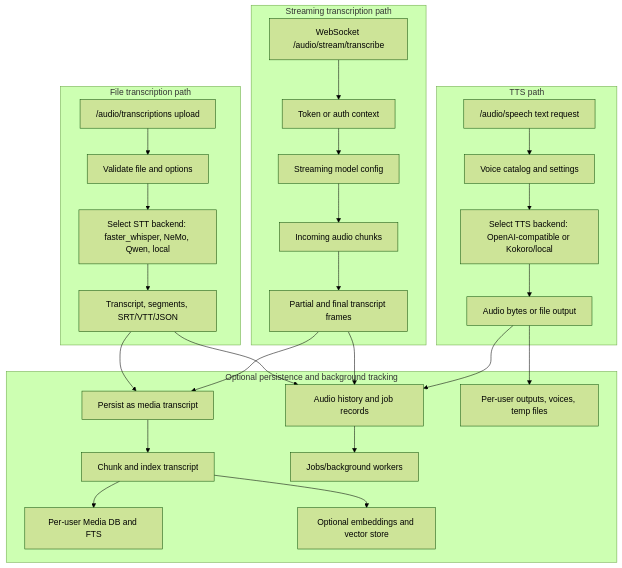
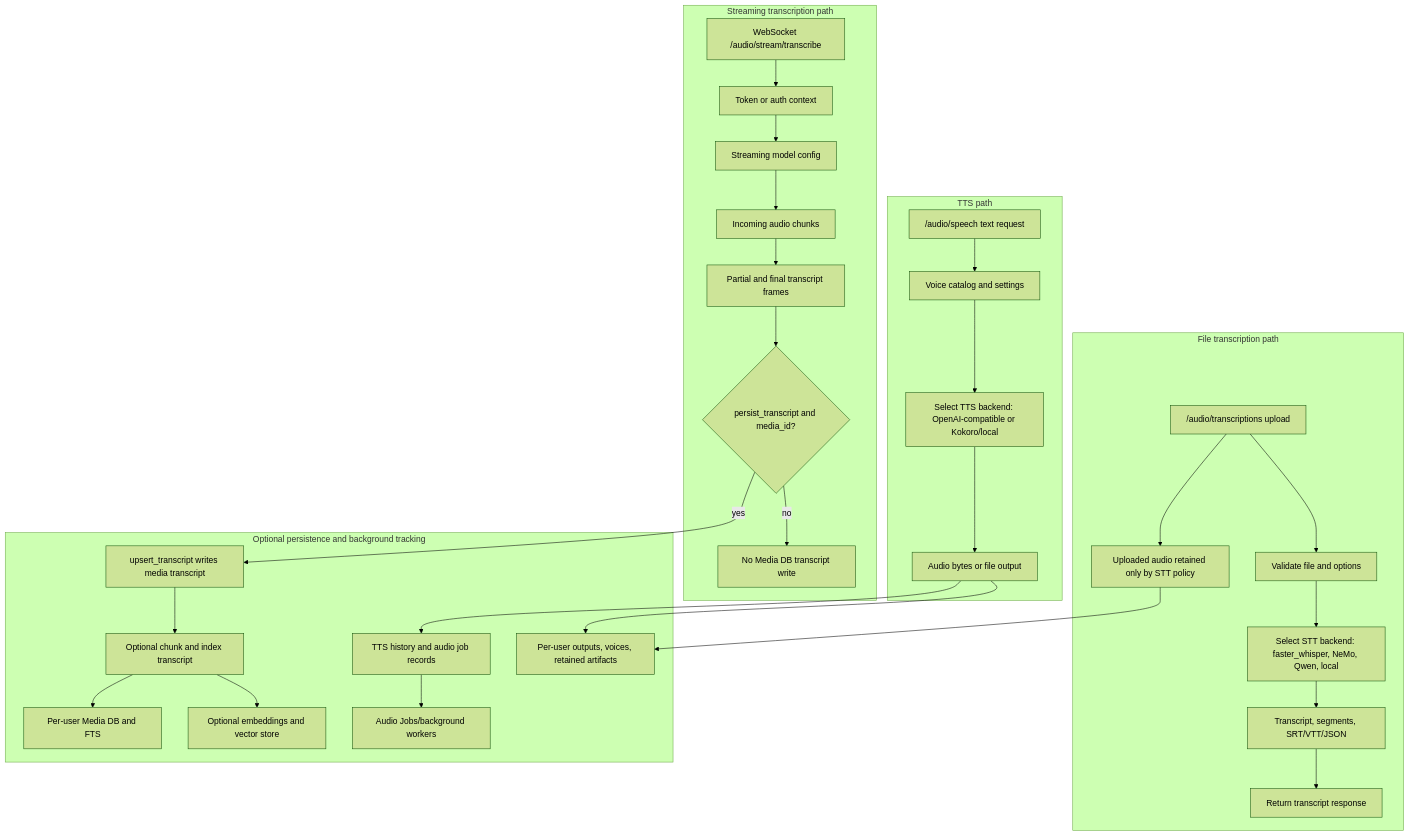
Before and after one commit to rmusser01/tldw_server: the seventh of 11 diagrams in Docs/Code_Documentation/Data_Flow_Atlas.md, drawn with Mermaid (forest theme). The commit also changed other lines of this file and 1 other file, not shown here.

Commit message:
docs: correct audio flow persistence notes

````diff
--- a/Docs/Code_Documentation/Data_Flow_Atlas.md
+++ b/Docs/Code_Documentation/Data_Flow_Atlas.md
@@ -501,48 +501,53 @@
 ```mermaid
 flowchart TB
     subgraph FileSTT["File transcription path"]
         FileReq["/audio/transcriptions upload"]
         ValidateAudio[Validate file and options]
         STTBackend[Select STT backend: faster_whisper, NeMo, Qwen, local]
         Transcript[Transcript, segments, SRT/VTT/JSON]
+        STTResponse[Return transcript response]
+        UploadRetention[Uploaded audio retained only by STT policy]
     end
 
     subgraph StreamSTT["Streaming transcription path"]
         WSReq["WebSocket /audio/stream/transcribe"]
         StreamAuth[Token or auth context]
         StreamConfig[Streaming model config]
         AudioChunks[Incoming audio chunks]
         PartialFinal[Partial and final transcript frames]
+        PersistGate{persist_transcript and media_id?}
+        NoPersist[No Media DB transcript write]
     end
 
     subgraph TTSPath["TTS path"]
         SpeechReq["/audio/speech text request"]
         VoiceCatalog[Voice catalog and settings]
         TTSBackend[Select TTS backend: OpenAI-compatible or Kokoro/local]
         AudioOut[Audio bytes or file output]
     end
 
     subgraph OptionalPersistence["Optional persistence and background tracking"]
-        History[Audio history and job records]
-        MediaPersist[Persist as media transcript]
-        ChunkSearch[Chunk and index transcript]
+        TTSHistory[TTS history and audio job records]
+        MediaPersist[upsert_transcript writes media transcript]
+        ChunkSearch[Optional chunk and index transcript]
         MediaDB[Per-user Media DB and FTS]
         Vector[Optional embeddings and vector store]
-        Files[Per-user outputs, voices, temp files]
-        Jobs[Jobs/background workers]
+        Files[Per-user outputs, voices, retained artifacts]
+        Jobs[Audio Jobs/background workers]
     end
 
     FileReq --> ValidateAudio --> STTBackend --> Transcript
+    FileReq --> UploadRetention --> Files
     WSReq --> StreamAuth --> StreamConfig --> AudioChunks --> PartialFinal
     SpeechReq --> VoiceCatalog --> TTSBackend --> AudioOut
-    Transcript --> History
-    PartialFinal --> History
-    AudioOut --> History
-    Transcript --> MediaPersist
-    PartialFinal --> MediaPersist
+    Transcript --> STTResponse
+    PartialFinal --> PersistGate
+    PersistGate -->|yes| MediaPersist
+    PersistGate -->|no| NoPersist
+    AudioOut --> TTSHistory
     MediaPersist --> ChunkSearch
     ChunkSearch --> MediaDB
     ChunkSearch --> Vector
     AudioOut --> Files
-    History --> Jobs
+    TTSHistory --> Jobs
 ```
````
